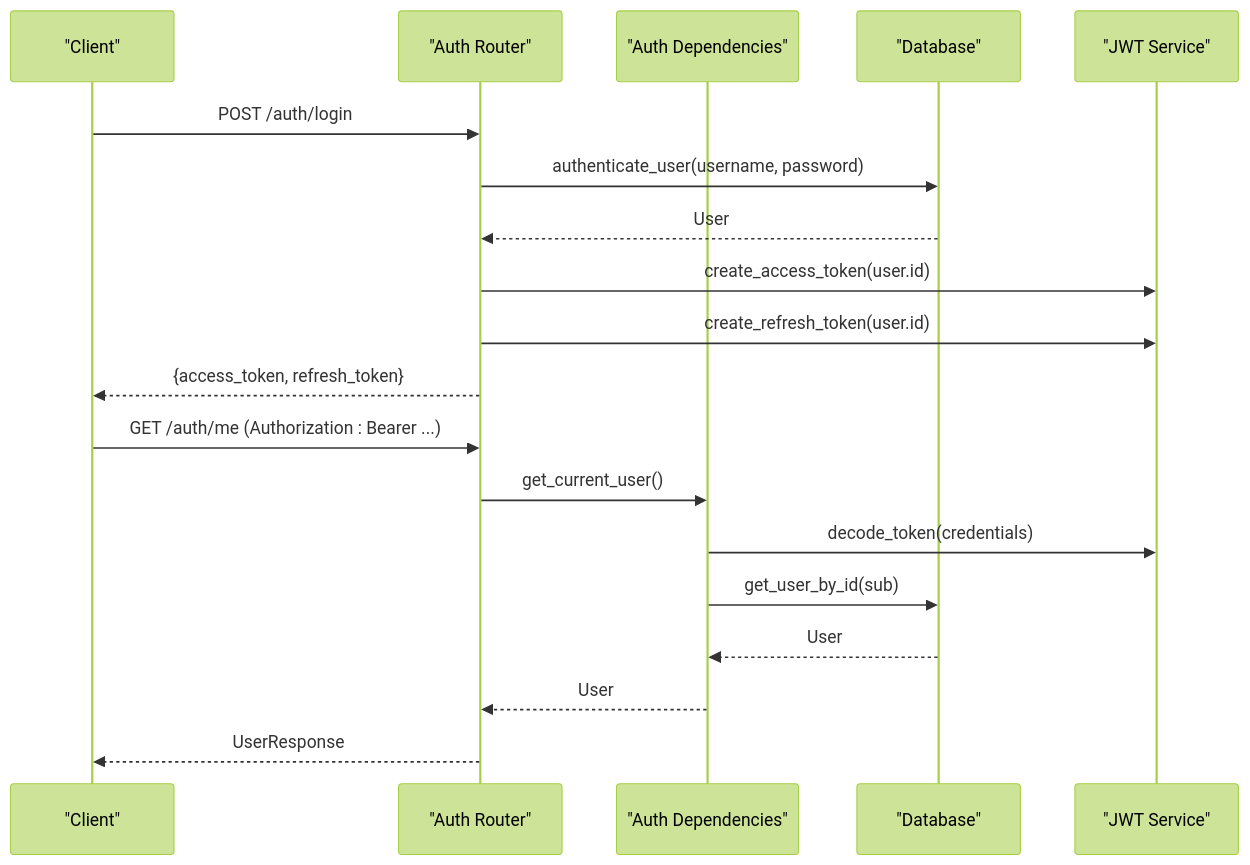
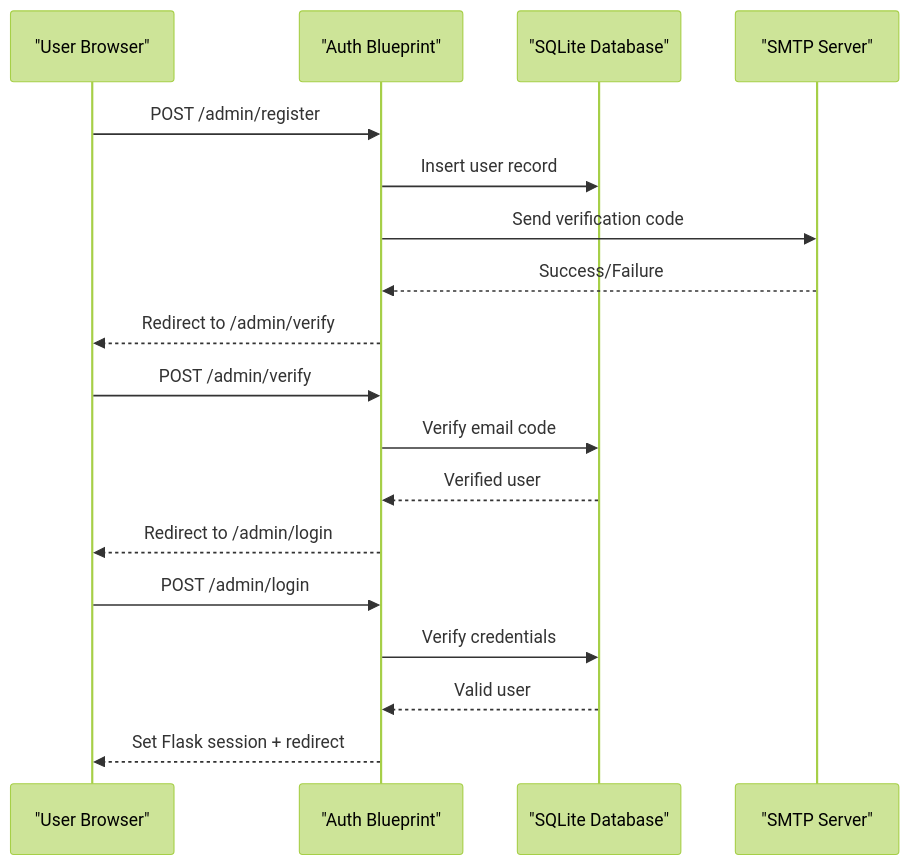
Before and after one commit to PolarisW007/PolaZhenJing: the second of 4 diagrams in .qoder/repowiki/en/content/API Reference/API Reference.md, drawn with Mermaid (forest theme). The commit also changed other lines of this file and 153 other files, not shown here.

````diff
--- a/.qoder/repowiki/en/content/API Reference/API Reference.md
+++ b/.qoder/repowiki/en/content/API Reference/API Reference.md
@@ -113,21 +94,20 @@
 ```mermaid
 sequenceDiagram
-participant Client as "Client"
-participant AuthR as "Auth Router"
-participant Deps as "Auth Dependencies"
-participant DB as "Database"
-participant JWT as "JWT Service"
-Client->>AuthR : POST /auth/login
-AuthR->>DB : authenticate_user(username, password)
-DB-->>AuthR : User
-AuthR->>JWT : create_access_token(user.id)
-AuthR->>JWT : create_refresh_token(user.id)
-AuthR-->>Client : {access_token, refresh_token}
-Client->>AuthR : GET /auth/me (Authorization : Bearer ...)
-AuthR->>Deps : get_current_user()
-Deps->>JWT : decode_token(credentials)
-Deps->>DB : get_user_by_id(sub)
-DB-->>Deps : User
-Deps-->>AuthR : User
-AuthR-->>Client : UserResponse
+participant User as "User Browser"
+participant Auth as "Auth Blueprint"
+participant DB as "SQLite Database"
+participant Mail as "SMTP Server"
+User->>Auth : POST /admin/register
+Auth->>DB : Insert user record
+Auth->>Mail : Send verification code
+Mail-->>Auth : Success/Failure
+Auth-->>User : Redirect to /admin/verify
+User->>Auth : POST /admin/verify
+Auth->>DB : Verify email code
+DB-->>Auth : Verified user
+Auth-->>User : Redirect to /admin/login
+User->>Auth : POST /admin/login
+Auth->>DB : Verify credentials
+DB-->>Auth : Valid user
+Auth-->>User : Set Flask session + redirect
 ```
````
